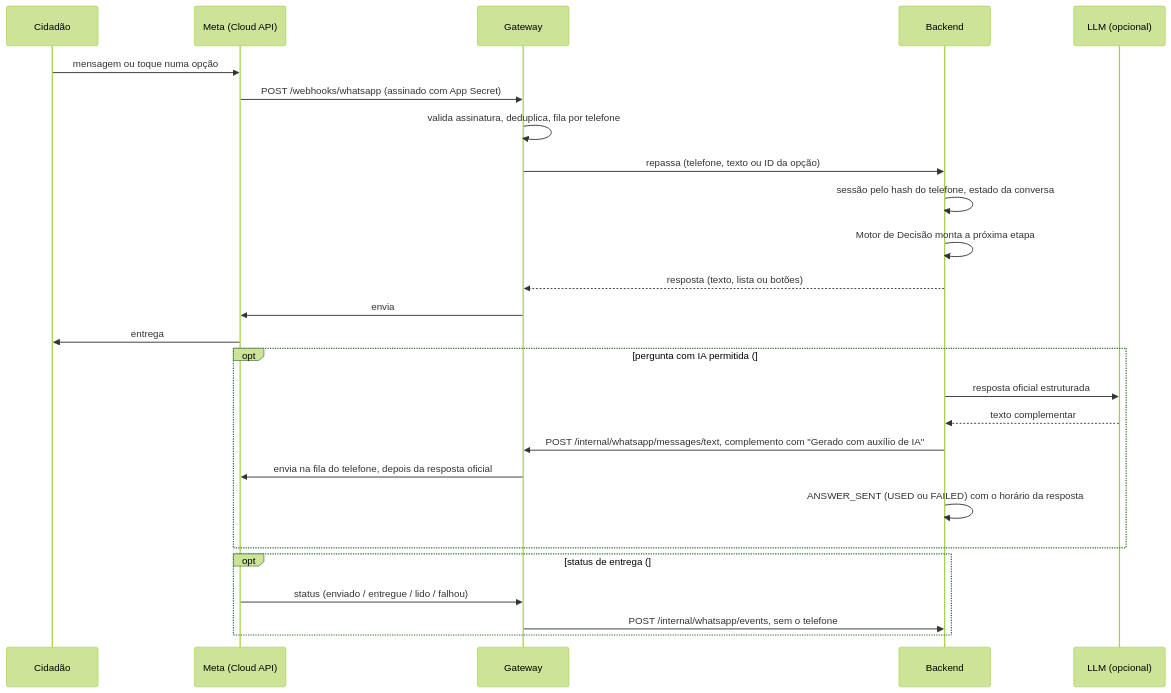
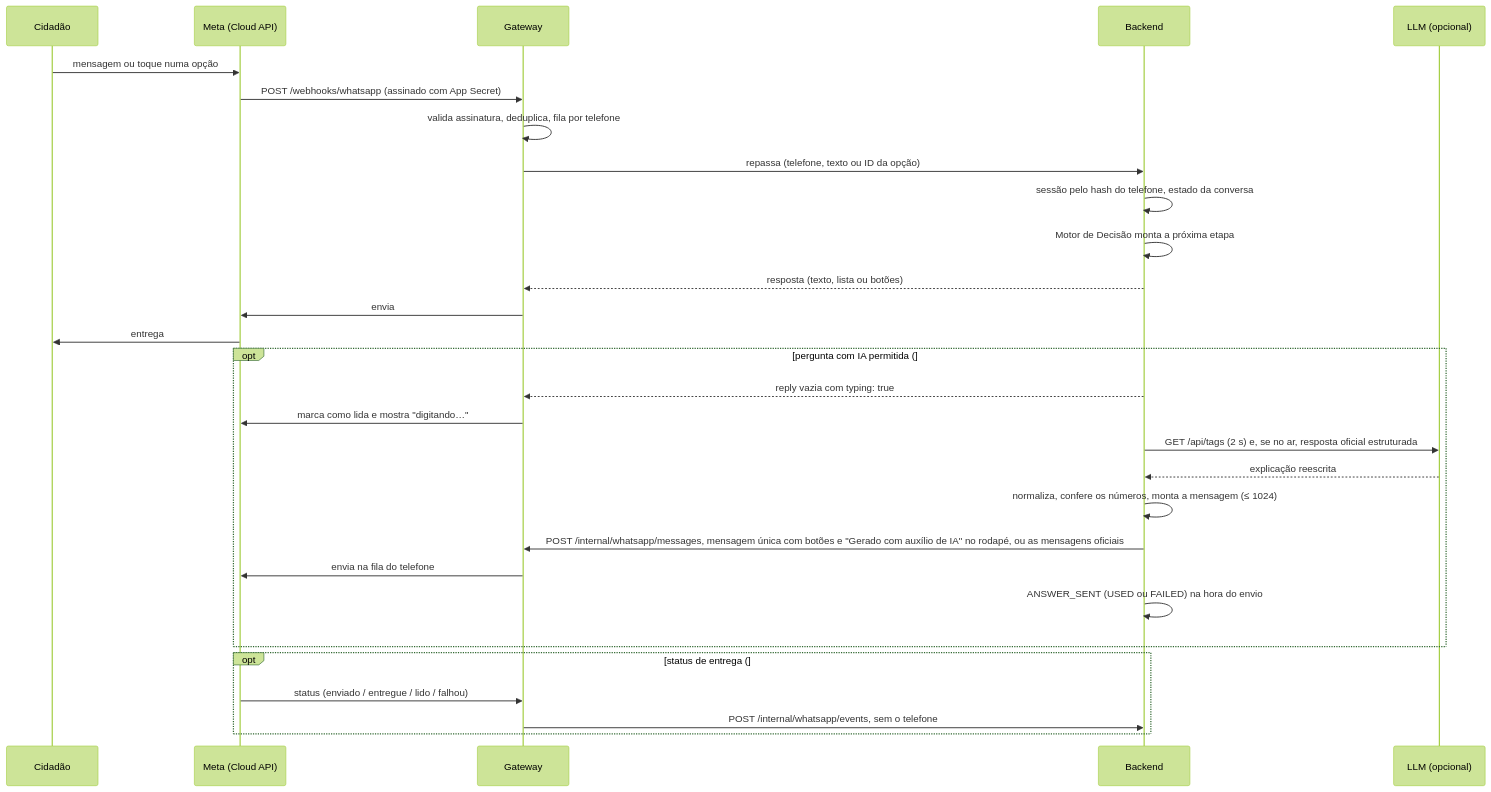
One commit to Steel-Hard/ProconChat_Jacarei changed the second of 2 diagrams in .docs/architecture/architecture.md. Above: the diagram before and after it, drawn with Mermaid (forest theme). The commit also changed other lines of this file and 7 other files, not shown here.

Commit message:
Docs :bulb: [#66] Registra a proposta de resposta escrita pela IA na decisão 009 e nos documentos

````diff
--- a/.docs/architecture/architecture.md
+++ b/.docs/architecture/architecture.md
@@ -79,29 +79,32 @@
 ```mermaid
 sequenceDiagram
     participant C as Cidadão
     participant M as Meta (Cloud API)
     participant G as Gateway
     participant B as Backend
     participant L as LLM (opcional)
 
     C->>M: mensagem ou toque numa opção
     M->>G: POST /webhooks/whatsapp (assinado com App Secret)
     G->>G: valida assinatura, deduplica, fila por telefone
     G->>B: repassa (telefone, texto ou ID da opção)
     B->>B: sessão pelo hash do telefone, estado da conversa
     B->>B: Motor de Decisão monta a próxima etapa
     B-->>G: resposta (texto, lista ou botões)
     G->>M: envia
     M->>C: entrega
-    opt pergunta com IA permitida (#66), em segundo plano
-        B->>L: resposta oficial estruturada
-        L-->>B: texto complementar
-        B->>G: POST /internal/whatsapp/messages/text, complemento com "Gerado com auxílio de IA"
-        G->>M: envia na fila do telefone, depois da resposta oficial
-        B->>B: ANSWER_SENT (USED ou FAILED) com o horário da resposta
+    opt pergunta com IA permitida (#66, proposta da decisão 009 pendente de aceite)
+        B-->>G: reply vazia com typing: true
+        G->>M: marca como lida e mostra "digitando…"
+        B->>L: GET /api/tags (2 s) e, se no ar, resposta oficial estruturada
+        L-->>B: explicação reescrita
+        B->>B: normaliza, confere os números, monta a mensagem (≤ 1024)
+        B->>G: POST /internal/whatsapp/messages, mensagem única com botões e "Gerado com auxílio de IA" no rodapé, ou as mensagens oficiais
+        G->>M: envia na fila do telefone
+        B->>B: ANSWER_SENT (USED ou FAILED) na hora do envio
     end
     opt status de entrega (#88)
         M->>G: status (enviado / entregue / lido / falhou)
         G->>B: POST /internal/whatsapp/events, sem o telefone
     end
 ```
````
